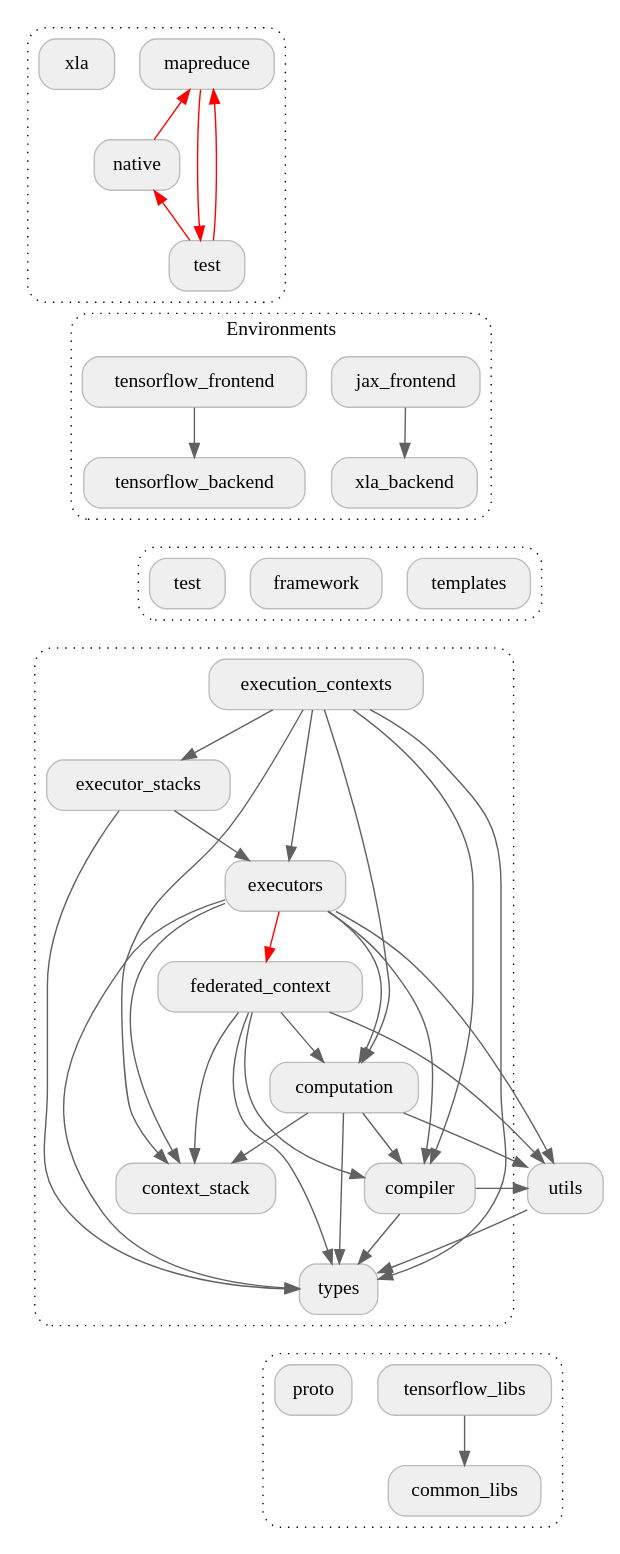
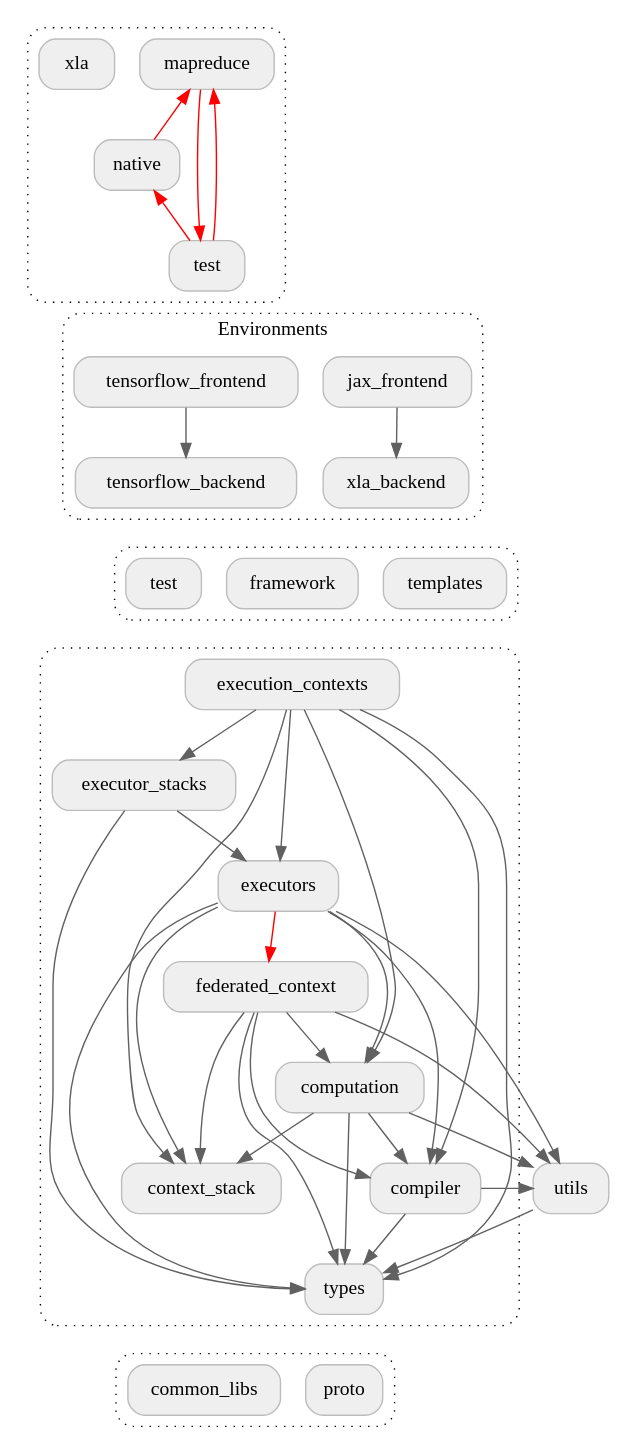
Before and after one commit to google-parfait/tensorflow-federated: the diagram in docs/design/package_structure_core.dot, drawn with Graphviz. The commit also changed 27 other files, not shown here.

First line of the commit message:
Move all files from `tensorflow_libs` to locations in `core.environments.tensorflow_backend`.

```diff
--- a/docs/design/package_structure_core.dot
+++ b/docs/design/package_structure_core.dot
@@ -1,100 +1,96 @@
 digraph {
   graph [style="dotted,rounded"]
   node [shape="box", style="rounded,filled", fillcolor="#efefef", color="#bdbdbd"]
   edge [color="#616161"]
 
   subgraph cluster_backends {
     graph [href="https://github.com/google-parfait/tensorflow-federated/blob/main/tensorflow_federated/python/core/backends" target="_parent"]
     mapreduce [href="https://github.com/google-parfait/tensorflow-federated/blob/main/tensorflow_federated/python/core/backends/mapreduce" target="_parent"]
     native [href="https://github.com/google-parfait/tensorflow-federated/blob/main/tensorflow_federated/python/core/backends/native" target="_parent"]
     backends_test [label="test", href="https://github.com/google-parfait/tensorflow-federated/blob/main/tensorflow_federated/python/core/backends/test" target="_parent"]
     xla [href="https://github.com/google-parfait/tensorflow-federated/blob/main/tensorflow_federated/python/core/backends/xla" target="_parent"]
   }
 
   // TODO: b/233800075 - Remove dependency from `native` to `mapreduce`.
   mapreduce -> native [dir=back, color="#ff0000"]
   // TODO: b/233800373 - Remove dependency from `test` to `native`.
   native -> backends_test [dir=back, color="#ff0000"]
   // TODO: b/233801300 - Remove dependency from `mapreduce` to `test`.
   mapreduce -> backends_test [color="#ff0000"]
   // TODO: b/349685709 - Remove dependency from `test` to `mapreduce`.
   backends_test -> mapreduce [color="#ff0000"]
   backends_test -> jax_frontend [arrowhead="none", style="invisible"]
   backends_test -> tensorflow_frontend [arrowhead="none", style="invisible"]
 
   subgraph cluster_environments {
     graph [label="Environments", href="https://github.com/google-parfait/tensorflow-federated/blob/main/tensorflow_federated/python/core/environments" target="_parent"]
     jax_frontend [href="https://github.com/google-parfait/tensorflow-federated/blob/main/tensorflow_federated/python/core/environments/jax_frontend" target="_parent"]
     xla_backend [href="https://github.com/google-parfait/tensorflow-federated/blob/main/tensorflow_federated/python/core/environments/xla_backend" target="_parent"]
     tensorflow_frontend [href="https://github.com/google-parfait/tensorflow-federated/blob/main/tensorflow_federated/python/core/environments/tensorflow_frontend" target="_parent"]
     tensorflow_backend [href="https://github.com/google-parfait/tensorflow-federated/blob/main/tensorflow_federated/python/core/environments/tensorflow_backend" target="_parent"]
   }
 
   jax_frontend -> xla_backend
   xla_backend -> framework [arrowhead="none", style="invisible"]
   xla_backend -> test [arrowhead="none", style="invisible"]
   xla_backend -> templates [arrowhead="none", style="invisible"]
   tensorflow_frontend -> tensorflow_backend
   tensorflow_backend -> framework [arrowhead="none", style="invisible"]
   tensorflow_backend -> test [arrowhead="none", style="invisible"]
   tensorflow_backend -> templates [arrowhead="none", style="invisible"]
 
   subgraph cluster_core_1 {
     framework [href="https://github.com/google-parfait/tensorflow-federated/blob/main/tensorflow_federated/python/core/framework" target="_parent"]
     test [href="https://github.com/google-parfait/tensorflow-federated/blob/main/tensorflow_federated/python/core/test" target="_parent"]
     templates [href="https://github.com/google-parfait/tensorflow-federated/blob/main/tensorflow_federated/python/core/templates" target="_parent"]
   }
 
   framework -> execution_contexts [arrowhead="none", style="invisible"]
   test -> execution_contexts [arrowhead="none", style="invisible"]
   templates -> execution_contexts [arrowhead="none", style="invisible"]
 
   subgraph cluster_core_2 {
     graph [href="https://github.com/google-parfait/tensorflow-federated/blob/main/tensorflow_federated/python/core/impl" target="_parent"]
     execution_contexts [href="https://github.com/google-parfait/tensorflow-federated/blob/main/tensorflow_federated/python/core/impl/execution_contexts" target="_parent"]
     executor_stacks [href="https://github.com/google-parfait/tensorflow-federated/blob/main/tensorflow_federated/python/core/impl/executor_stacks" target="_parent"]
     executors [href="https://github.com/google-parfait/tensorflow-federated/blob/main/tensorflow_federated/python/core/impl/executors" target="_parent"]
     federated_context [href="https://github.com/google-parfait/tensorflow-federated/blob/main/tensorflow_federated/python/core/impl/federated_context" target="_parent"]
     computation [href="https://github.com/google-parfait/tensorflow-federated/blob/main/tensorflow_federated/python/core/impl/computation" target="_parent"]
     compiler [href="https://github.com/google-parfait/tensorflow-federated/blob/main/tensorflow_federated/python/core/impl/compiler" target="_parent"]
     types [href="https://github.com/google-parfait/tensorflow-federated/blob/main/tensorflow_federated/python/core/impl/types" target="_parent"]
     context_stack [href="https://github.com/google-parfait/tensorflow-federated/blob/main/tensorflow_federated/python/core/impl/context_stack" target="_parent"]
   }
 
   execution_contexts -> executor_stacks
   execution_contexts -> executors
   execution_contexts -> computation
   execution_contexts -> compiler
   execution_contexts -> types
   execution_contexts -> context_stack
   executor_stacks -> executors
   executor_stacks -> types
   executors -> federated_context [color="#ff0000"]
   executors -> computation
   executors -> compiler
   executors -> utils
   executors -> types
   executors -> context_stack
   federated_context -> computation
   federated_context -> compiler
   federated_context -> utils
   federated_context -> types
   federated_context -> context_stack
   computation -> compiler
   computation -> utils
   computation -> types
   computation -> context_stack
   compiler -> utils
   compiler -> types
   utils -> types
-  types -> tensorflow_libs [arrowhead="none", style="invisible"]
   types -> proto [arrowhead="none", style="invisible"]
 
   subgraph cluster_core_3 {
-    tensorflow_libs [href="https://github.com/google-parfait/tensorflow-federated/blob/main/tensorflow_federated/python/tensorflow_libs" target="_parent"]
     common_libs [href="https://github.com/google-parfait/tensorflow-federated/blob/main/tensorflow_federated/python/common_libs" target="_parent"]
     proto [href="https://github.com/google-parfait/tensorflow-federated/blob/main/tensorflow_federated/proto" target="_parent"]
   }
-
-  tensorflow_libs -> common_libs
 }
```
